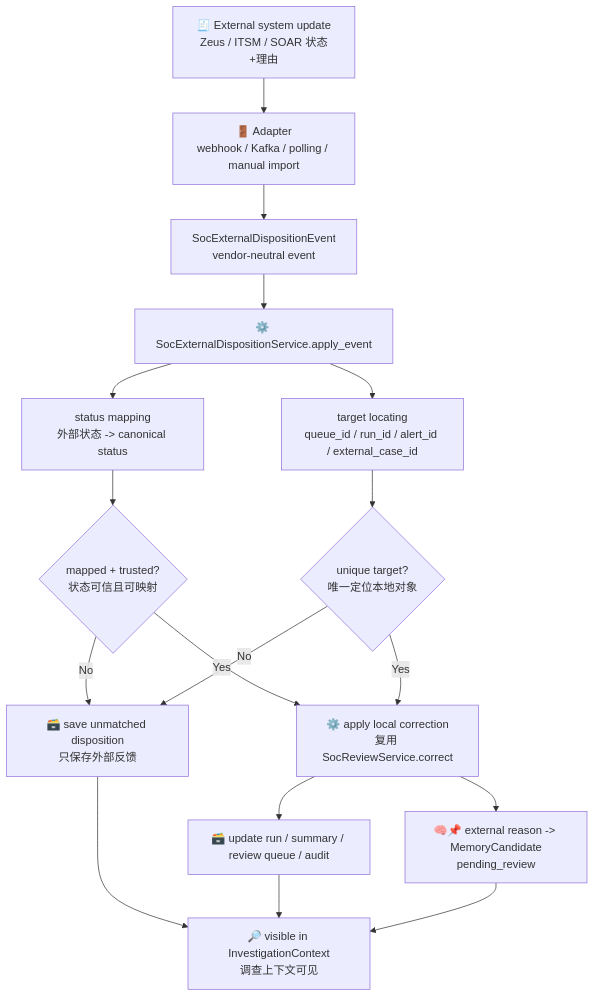
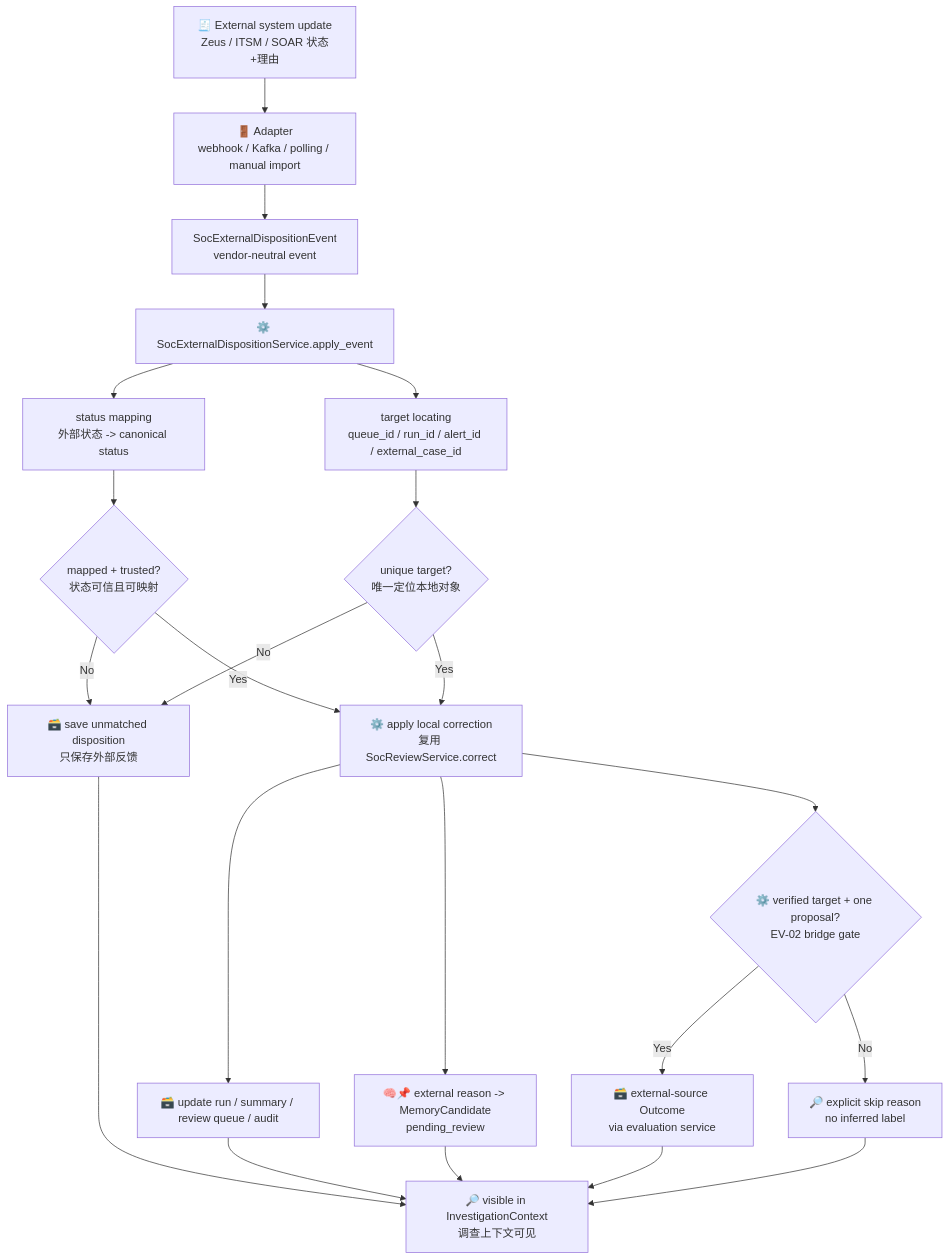
The tenth of 18 diagrams in .notes/ai_soc/alert-lifecycle-flow.md (yydspanda/deer-flow), drawn with Mermaid before and after one commit. The commit also changed other lines of this file and 24 other files, not shown here.

````diff
--- a/.notes/ai_soc/alert-lifecycle-flow.md
+++ b/.notes/ai_soc/alert-lifecycle-flow.md
@@ -424,22 +431,27 @@
 ```mermaid
 flowchart TD
     A["🧾 External system update<br/>Zeus / ITSM / SOAR 状态+理由"] --> B["🚪 Adapter<br/>webhook / Kafka / polling / manual import"]
     B --> C["SocExternalDispositionEvent<br/>vendor-neutral event"]
     C --> D["⚙️ SocExternalDispositionService.apply_event"]
     D --> E["status mapping<br/>外部状态 -> canonical status"]
     D --> F["target locating<br/>queue_id / run_id / alert_id / external_case_id"]
 
     E --> G{"mapped + trusted?<br/>状态可信且可映射"}
     F --> H{"unique target?<br/>唯一定位本地对象"}
 
     G -->|No| I["🗃️ save unmatched disposition<br/>只保存外部反馈"]
     H -->|No| I
     G -->|Yes| J["⚙️ apply local correction<br/>复用 SocReviewService.correct"]
     H -->|Yes| J
 
     J --> K["🗃️ update run / summary / review queue / audit"]
     J --> L["🧠📌 external reason -> MemoryCandidate<br/>pending_review"]
+    J --> N{"⚙️ verified target + one proposal?<br/>EV-02 bridge gate"}
+    N -->|Yes| O["🗃️ external-source Outcome<br/>via evaluation service"]
+    N -->|No| P["🔎 explicit skip reason<br/>no inferred label"]
     I --> M["🔎 visible in InvestigationContext<br/>调查上下文可见"]
     K --> M
     L --> M
+    O --> M
+    P --> M
 ```
````
